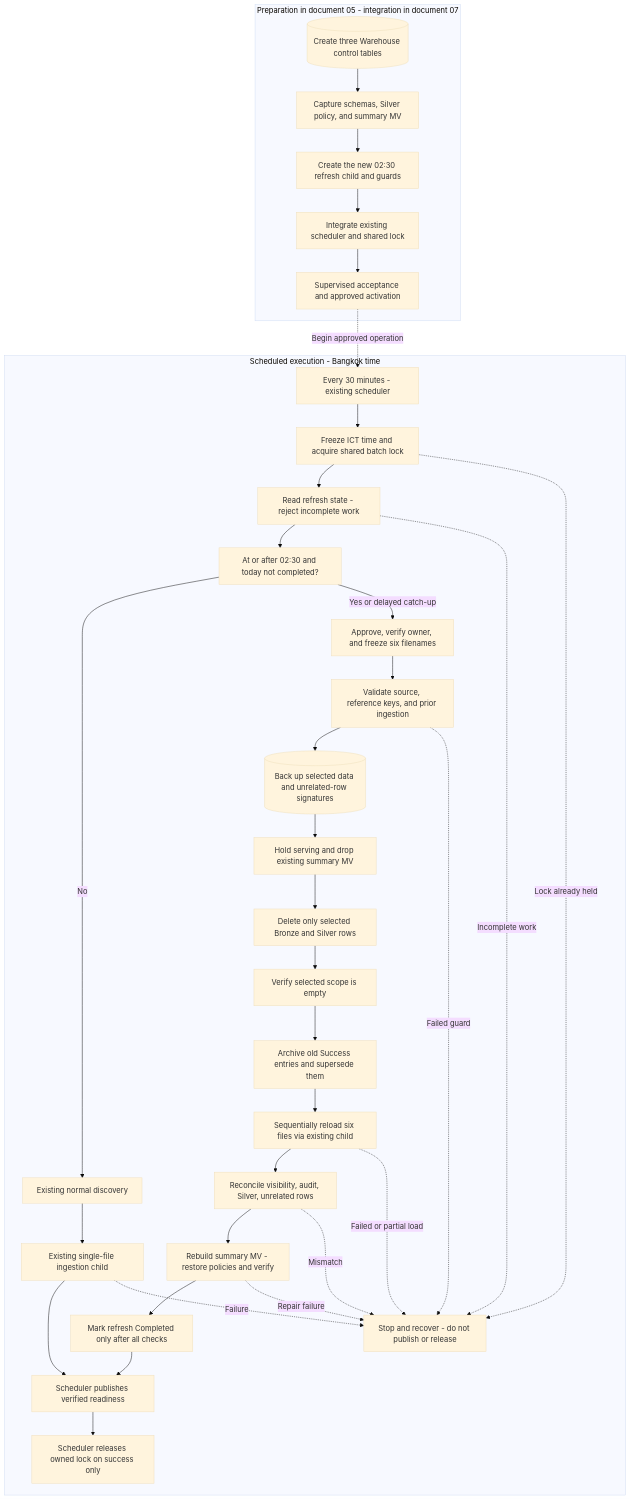
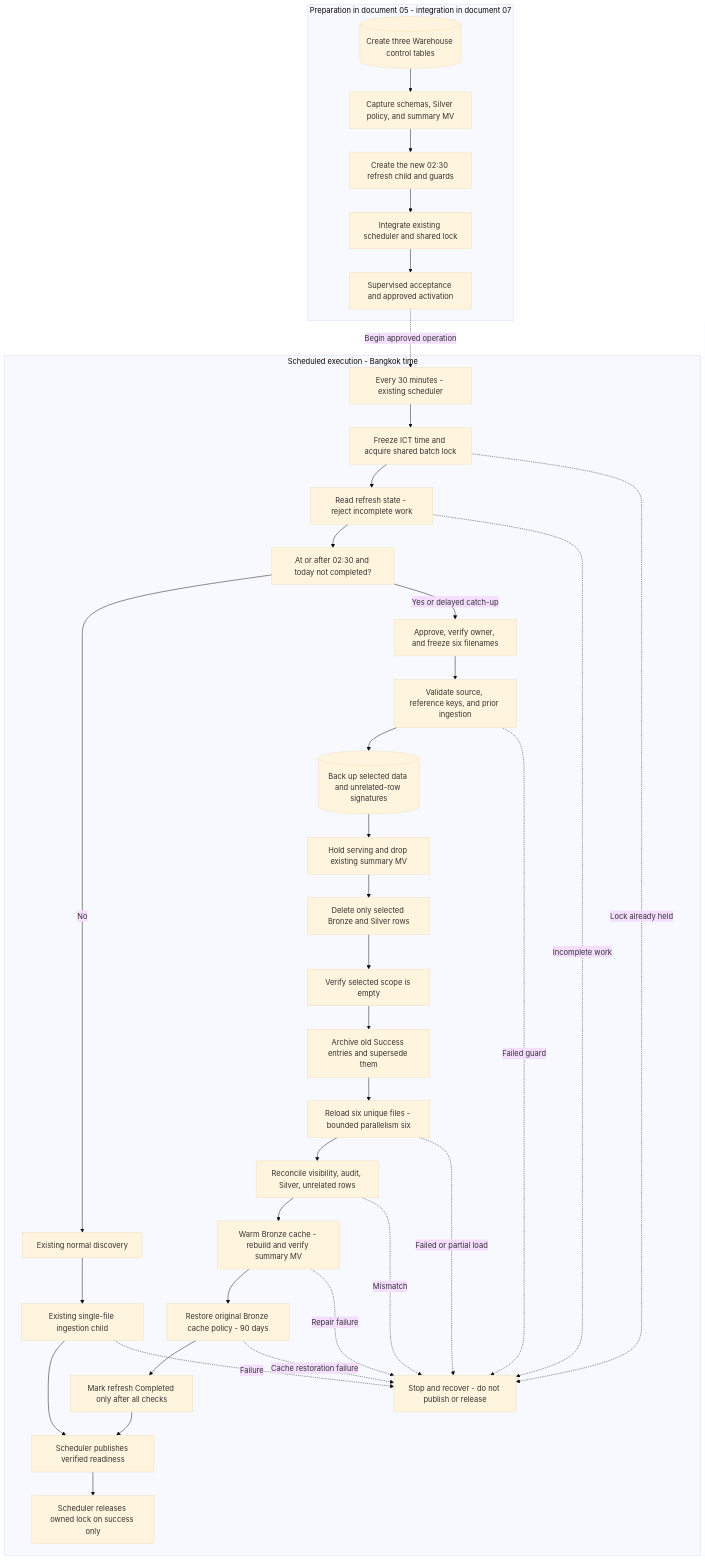
The first of 2 diagrams in production/ChangeRequest01/05-data-pipeline/README.md (ChettapongP-MFST/RTI-IDM-PRD), drawn with Mermaid (base theme) before and after one commit. The commit also changed other lines of this file and 3 other files, not shown here.

````diff
--- a/production/ChangeRequest01/05-data-pipeline/README.md
+++ b/production/ChangeRequest01/05-data-pipeline/README.md
@@ -103,48 +105,50 @@
 ```mermaid
 flowchart TD
     subgraph Setup0230["Preparation in document 05 - integration in document 07"]
         SControl[("Create three Warehouse control tables")]
         SBaseline["Capture schemas, Silver policy, and summary MV"]
         SAuthor["Create the new 02:30 refresh child and guards"]
         SIntegrate["Integrate existing scheduler and shared lock"]
         SAccept["Supervised acceptance and approved activation"]
         SControl --> SBaseline --> SAuthor --> SIntegrate --> SAccept
     end
     subgraph Runtime0230["Scheduled execution - Bangkok time"]
         RStart["Every 30 minutes - existing scheduler"]
         RLock["Freeze ICT time and acquire shared batch lock"]
         RState["Read refresh state - reject incomplete work"]
         RDue["At or after 02:30 and today not completed?"]
         RNormal["Existing normal discovery"]
         RNormalChild["Existing single-file ingestion child"]
         RInputs["Approve, verify owner, and freeze six filenames"]
         RSource["Validate source, reference keys, and prior ingestion"]
         RBackup[("Back up selected data and unrelated-row signatures")]
         RHold["Hold serving and drop existing summary MV"]
         RDelete["Delete only selected Bronze and Silver rows"]
         REmpty["Verify selected scope is empty"]
         RAudit["Archive old Success entries and supersede them"]
-        RReload["Sequentially reload six files via existing child"]
+        RReload["Reload six unique files - bounded parallelism six"]
         RCheck["Reconcile visibility, audit, Silver, unrelated rows"]
-        RViews["Rebuild summary MV - restore policies and verify"]
+        RViews["Warm Bronze cache - rebuild and verify summary MV"]
+        RCache["Restore original Bronze cache policy - 90 days"]
         RCommit["Mark refresh Completed only after all checks"]
         RPublish["Scheduler publishes verified readiness"]
         RRelease["Scheduler releases owned lock on success only"]
         RFail["Stop and recover - do not publish or release"]
         RStart --> RLock --> RState --> RDue
         RDue -->|"No"| RNormal --> RNormalChild --> RPublish
         RDue -->|"Yes or delayed catch-up"| RInputs
         RInputs --> RSource --> RBackup --> RHold --> RDelete
         RDelete --> REmpty --> RAudit --> RReload --> RCheck
-        RCheck --> RViews --> RCommit --> RPublish
+        RCheck --> RViews --> RCache --> RCommit --> RPublish
         RPublish --> RRelease
         RLock -.->|"Lock already held"| RFail
         RState -.->|"Incomplete work"| RFail
         RSource -.->|"Failed guard"| RFail
         RReload -.->|"Failed or partial load"| RFail
         RCheck -.->|"Mismatch"| RFail
         RViews -.->|"Repair failure"| RFail
+        RCache -.->|"Cache restoration failure"| RFail
         RNormalChild -.->|"Failure"| RFail
     end
     SAccept -.->|"Begin approved operation"| RStart
 ```
````
